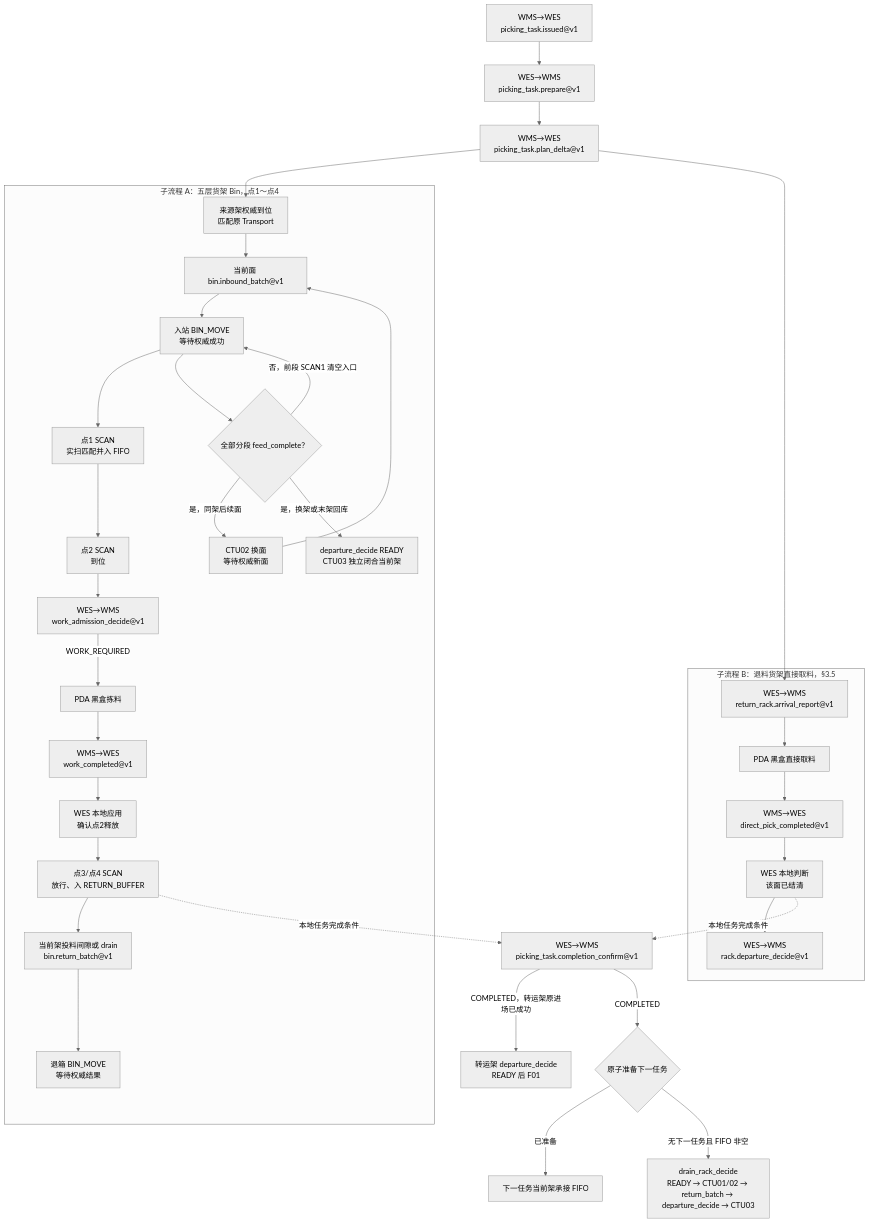
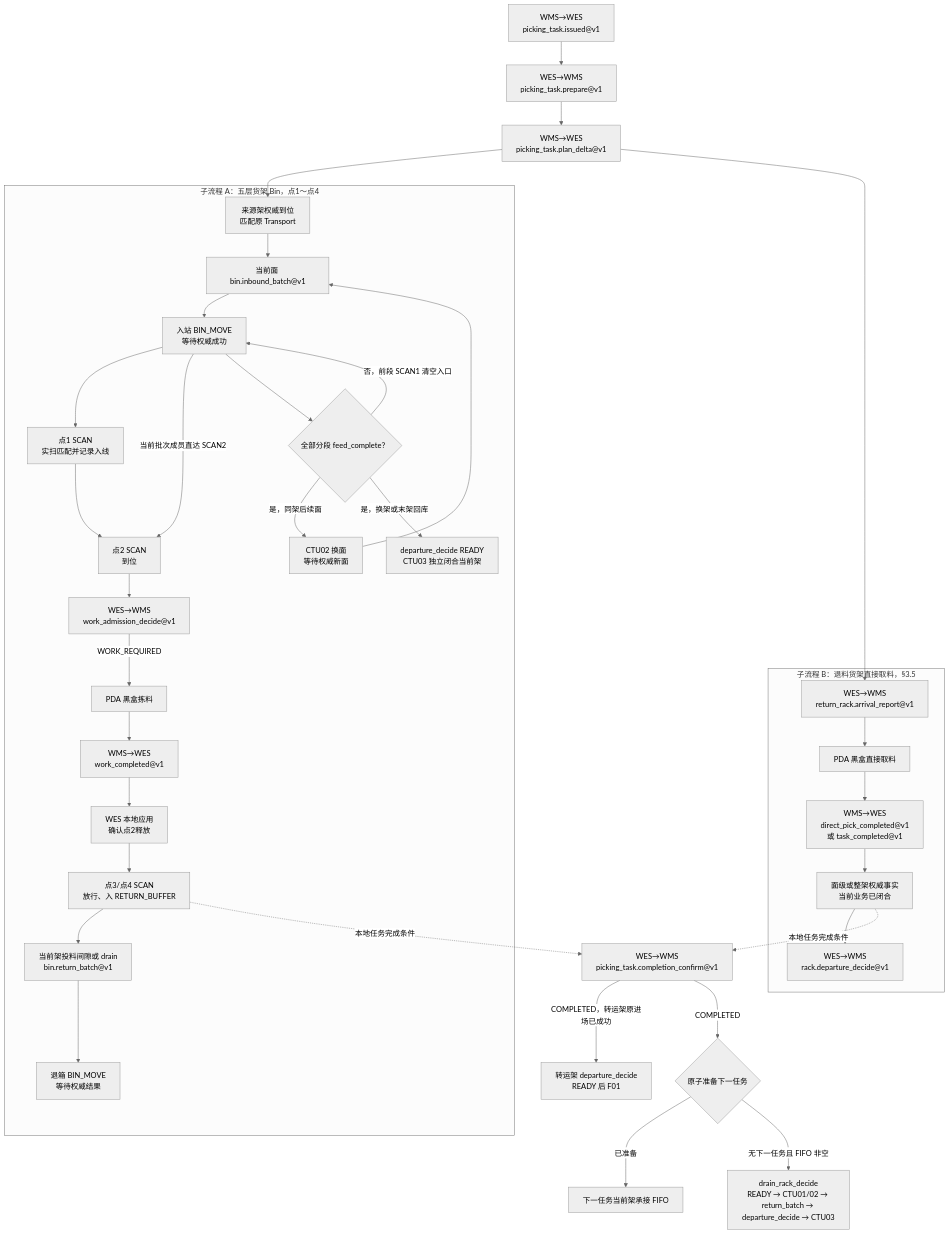
One commit to kaizhoumasha/wes_backend changed the first of 2 diagrams in docs/contracts/wms-manual-outbound-picking-integration-requirements.md. Above: the diagram before and after it, drawn with Mermaid (neutral theme). The commit also changed other lines of this file and 65 other files, not shown here.

````diff
--- a/docs/contracts/wms-manual-outbound-picking-integration-requirements.md
+++ b/docs/contracts/wms-manual-outbound-picking-integration-requirements.md
@@ -42,27 +42,28 @@
 ```mermaid
 flowchart TD
     T1["WMS→WES<br/>picking_task.issued@v1"] --> T2["WES→WMS<br/>picking_task.prepare@v1"] --> T3["WMS→WES<br/>picking_task.plan_delta@v1"]
 
     T3 --> A00
     T3 --> B0
 
     subgraph A["子流程 A：五层货架 Bin，点1～点4"]
-        A00["来源架权威到位<br/>匹配原 Transport"] --> A0["当前面 bin.inbound_batch@v1"] --> A01["入站 BIN_MOVE<br/>等待权威成功"] --> A1["点1 SCAN<br/>实扫匹配并入 FIFO"] --> A2["点2 SCAN<br/>到位"] --> A3["WES→WMS<br/>work_admission_decide@v1"]
+        A00["来源架权威到位<br/>匹配原 Transport"] --> A0["当前面 bin.inbound_batch@v1"] --> A01["入站 BIN_MOVE<br/>等待权威成功"] --> A1["点1 SCAN<br/>实扫匹配并记录入线"] --> A2["点2 SCAN<br/>到位"] --> A3["WES→WMS<br/>work_admission_decide@v1"]
+        A01 -->|当前批次成员直达 SCAN2| A2
         A3 -->|WORK_REQUIRED| A4["PDA 黑盒拣料"] --> A5["WMS→WES<br/>work_completed@v1"] --> A6["WES 本地应用<br/>确认点2释放"] --> A7["点3/点4 SCAN<br/>放行、入 RETURN_BUFFER"] --> A8["当前架投料间隙或 drain<br/>bin.return_batch@v1"] --> A9["退箱 BIN_MOVE<br/>等待权威结果"]
         A01 --> A10{"全部分段 feed_complete？"}
         A10 -->|否，前段 SCAN1 清空入口| A01
         A10 -->|是，同架后续面| A11["CTU02 换面<br/>等待权威新面"] --> A0
         A10 -->|是，换架或末架回库| A12["departure_decide READY<br/>CTU03 独立闭合当前架"]
     end
 
     subgraph B["子流程 B：退料货架直接取料，§3.5"]
-        B0["WES→WMS<br/>return_rack.arrival_report@v1"] --> B1["PDA 黑盒直接取料"] --> B2["WMS→WES<br/>direct_pick_completed@v1"] --> B3["WES 本地判断<br/>该面已结清"] --> B4["WES→WMS<br/>rack.departure_decide@v1"]
+        B0["WES→WMS<br/>return_rack.arrival_report@v1"] --> B1["PDA 黑盒直接取料"] --> B2["WMS→WES<br/>direct_pick_completed@v1<br/>或 task_completed@v1"] --> B3["面级或整架权威事实<br/>当前业务已闭合"] --> B4["WES→WMS<br/>rack.departure_decide@v1"]
     end
 
     A7 -. "本地任务完成条件" .-> DONE["WES→WMS<br/>picking_task.completion_confirm@v1"]
     B3 -. "本地任务完成条件" .-> DONE
     DONE -->|COMPLETED，转运架原进场已成功| TOUT["转运架 departure_decide<br/>READY 后 F01"]
     DONE -->|COMPLETED| NEXT{"原子准备下一任务"}
     NEXT -->|已准备| INHERIT["下一任务当前架承接 FIFO"]
     NEXT -->|无下一任务且 FIFO 非空| DRAIN["drain_rack_decide<br/>READY → CTU01/02 → return_batch → departure_decide → CTU03"]
 ```
````
